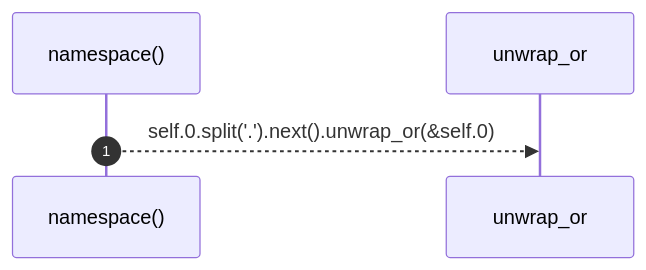
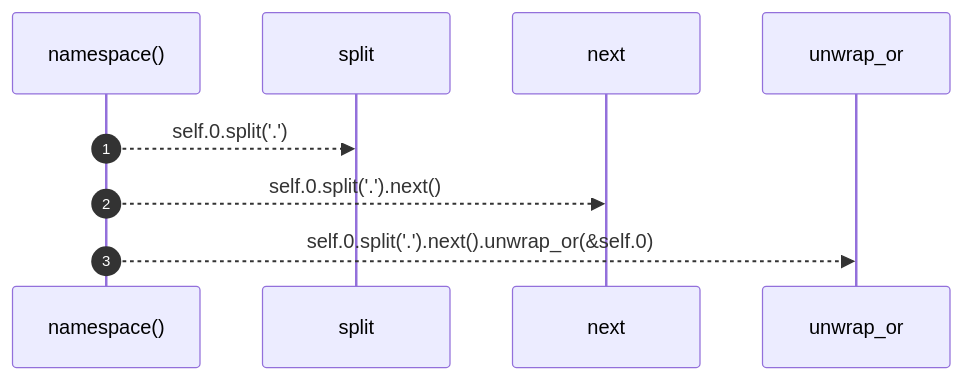
Before and after one commit to RyanGuild/self-describing-code: the third of 3 diagrams in docs/self-model/robby_ir/kind/impl-kind.md, drawn with Mermaid. The commit also changed other lines of this file and 1404 other files, not shown here.

````diff
--- a/docs/self-model/robby_ir/kind/impl-kind.md
+++ b/docs/self-model/robby_ir/kind/impl-kind.md
@@ -95,7 +135,11 @@
 ```mermaid
 sequenceDiagram
     autonumber
     participant namespace as namespace()
+    participant split as split
+    participant next as next
     participant unwrap_or as unwrap_or
+    namespace-->>split: self.0.split('.')
+    namespace-->>next: self.0.split('.').next()
     namespace-->>unwrap_or: self.0.split('.').next().unwrap_or(&self.0)
 ```
````
